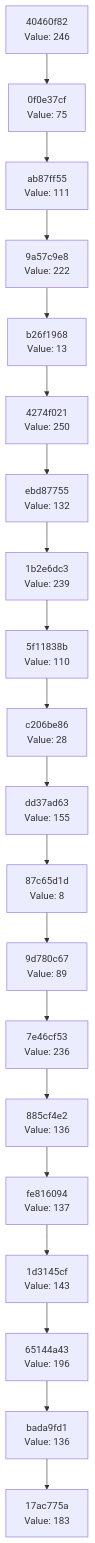
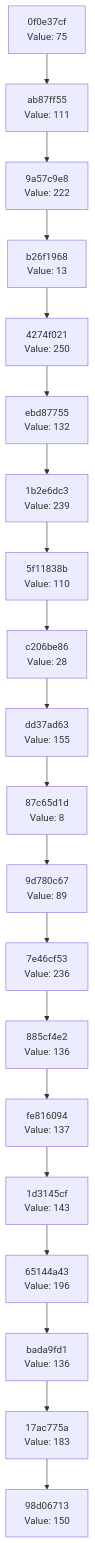
One commit to Abhisheksinha1506/hash-chain-evolver changed the diagram in docs/CHAIN_VISUALIZATION.md. Above: the diagram before and after it, drawn with Mermaid. The commit also changed 3 other files, not shown here.

````diff
--- a/docs/CHAIN_VISUALIZATION.md
+++ b/docs/CHAIN_VISUALIZATION.md
@@ -3,42 +3,42 @@
 ```mermaid
 graph TD
-    C0["17ac775a<br/>Value: 183"]
-    C1["bada9fd1<br/>Value: 136"]
+    C0["98d06713<br/>Value: 150"]
+    C1["17ac775a<br/>Value: 183"]
     C1 --> C0
-    C2["65144a43<br/>Value: 196"]
+    C2["bada9fd1<br/>Value: 136"]
     C2 --> C1
-    C3["1d3145cf<br/>Value: 143"]
+    C3["65144a43<br/>Value: 196"]
     C3 --> C2
-    C4["fe816094<br/>Value: 137"]
+    C4["1d3145cf<br/>Value: 143"]
     C4 --> C3
-    C5["885cf4e2<br/>Value: 136"]
+    C5["fe816094<br/>Value: 137"]
     C5 --> C4
-    C6["7e46cf53<br/>Value: 236"]
+    C6["885cf4e2<br/>Value: 136"]
     C6 --> C5
-    C7["9d780c67<br/>Value: 89"]
+    C7["7e46cf53<br/>Value: 236"]
     C7 --> C6
-    C8["87c65d1d<br/>Value: 8"]
+    C8["9d780c67<br/>Value: 89"]
     C8 --> C7
-    C9["dd37ad63<br/>Value: 155"]
+    C9["87c65d1d<br/>Value: 8"]
     C9 --> C8
-    C10["c206be86<br/>Value: 28"]
+    C10["dd37ad63<br/>Value: 155"]
     C10 --> C9
-    C11["5f11838b<br/>Value: 110"]
+    C11["c206be86<br/>Value: 28"]
     C11 --> C10
-    C12["1b2e6dc3<br/>Value: 239"]
+    C12["5f11838b<br/>Value: 110"]
     C12 --> C11
-    C13["ebd87755<br/>Value: 132"]
+    C13["1b2e6dc3<br/>Value: 239"]
     C13 --> C12
-    C14["4274f021<br/>Value: 250"]
+    C14["ebd87755<br/>Value: 132"]
     C14 --> C13
-    C15["b26f1968<br/>Value: 13"]
+    C15["4274f021<br/>Value: 250"]
     C15 --> C14
-    C16["9a57c9e8<br/>Value: 222"]
+    C16["b26f1968<br/>Value: 13"]
     C16 --> C15
-    C17["ab87ff55<br/>Value: 111"]
+    C17["9a57c9e8<br/>Value: 222"]
     C17 --> C16
-    C18["0f0e37cf<br/>Value: 75"]
+    C18["ab87ff55<br/>Value: 111"]
     C18 --> C17
-    C19["40460f82<br/>Value: 246"]
+    C19["0f0e37cf<br/>Value: 75"]
     C19 --> C18
 ```
````
